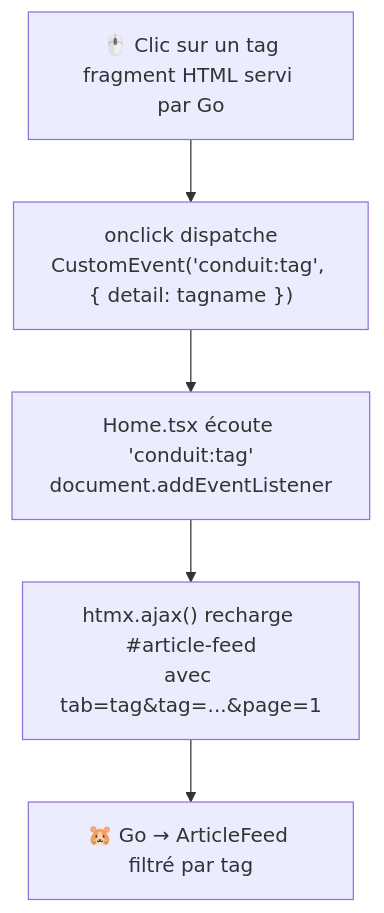
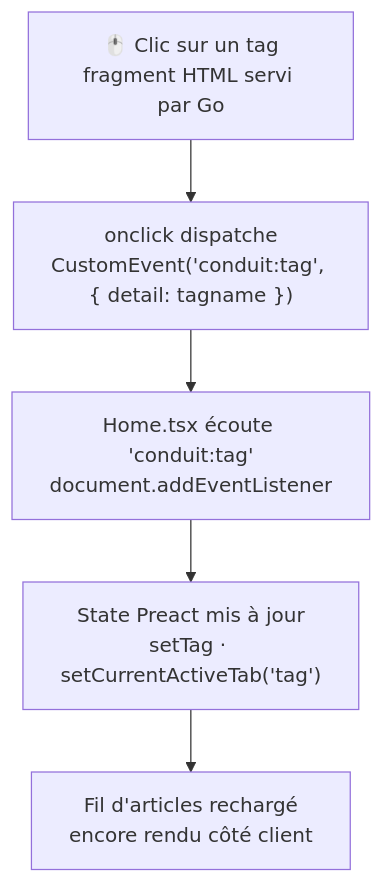
The second of 2 diagrams in README.md (StephaneTrebel/htmx-de-maniere-simplix), drawn with Mermaid before and after one commit. The commit also changed other lines of this file and 26 other files, not shown here.

````diff
--- a/README.md
+++ b/README.md
@@ -313,10 +311,10 @@
 ```mermaid
 flowchart TD
     A["🖱️ Clic sur un tag\nfragment HTML servi par Go"]
     B["onclick dispatche\nCustomEvent('conduit:tag', { detail: tagname })"]
     C["Home.tsx écoute 'conduit:tag'\ndocument.addEventListener"]
-    D["htmx.ajax() recharge #article-feed\navec tab=tag&tag=...&page=1"]
-    E["🐹 Go → ArticleFeed filtré par tag"]
+    D["State Preact mis à jour\nsetTag · setCurrentActiveTab('tag')"]
+    E["Fil d'articles rechargé\nencore rendu côté client"]
 
     A --> B --> C --> D --> E
 ```
````
